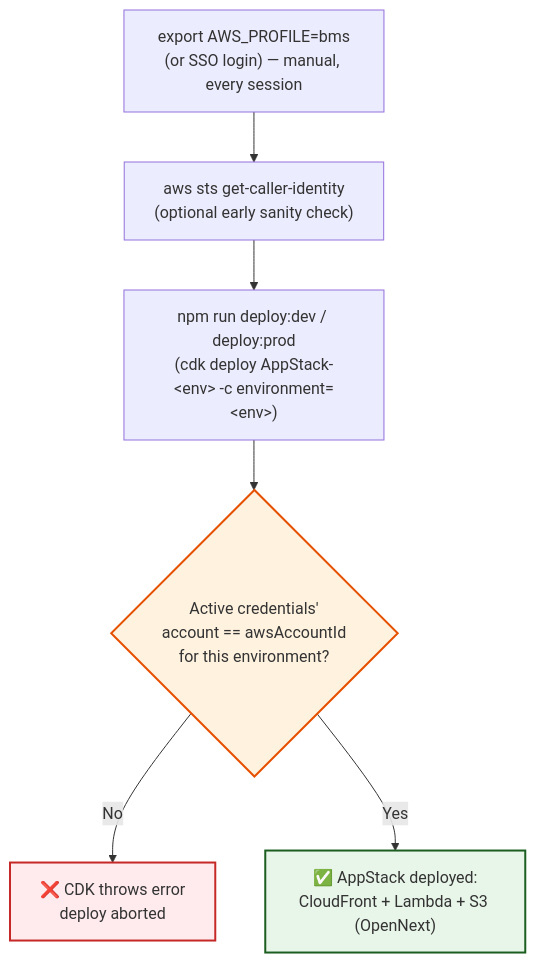
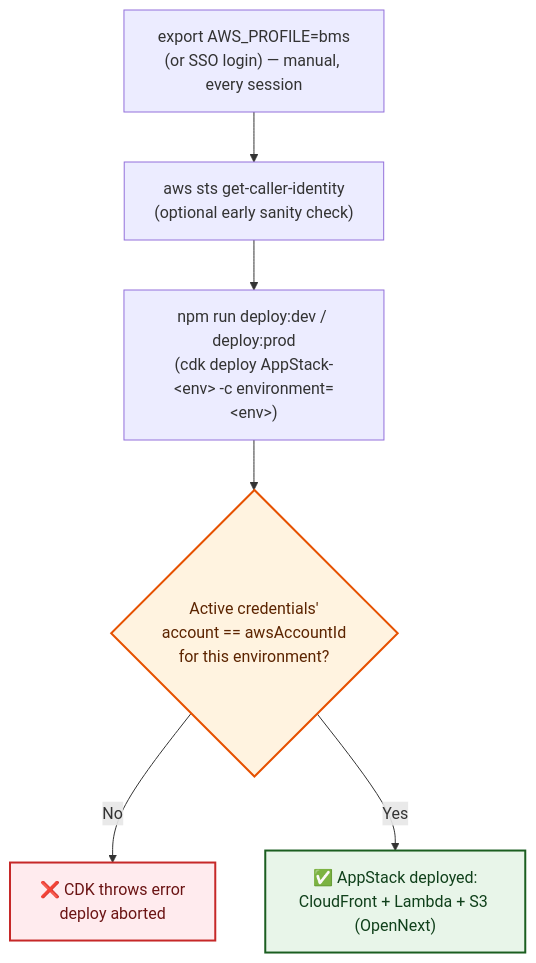
Before and after one commit to yuichiroyamaji/bms: the second of 3 diagrams in docs/deployment-flows.md, drawn with Mermaid. The commit also changed other lines of this file and 12 other files, not shown here.

First line of the commit message:
docs: tighten project docs and fix mermaid label contrast

````diff
--- a/docs/deployment-flows.md
+++ b/docs/deployment-flows.md
@@ -72,15 +74,15 @@
 ```mermaid
 flowchart TD
     A["export AWS_PROFILE=bms<br/>(or SSO login) — manual, every session"] --> B["aws sts get-caller-identity<br/>(optional early sanity check)"]
     B --> C["npm run deploy:dev / deploy:prod<br/>(cdk deploy AppStack-&lt;env&gt; -c environment=&lt;env&gt;)"]
     C --> D{"Active credentials'<br/>account == awsAccountId<br/>for this environment?"}
     D -- No --> E["❌ CDK throws error<br/>deploy aborted"]
     D -- Yes --> F["✅ AppStack deployed:<br/>CloudFront + Lambda + S3 (OpenNext)"]
 
-    classDef guard fill:#fff3e0,stroke:#e65100,stroke-width:2px
-    classDef fail fill:#ffebee,stroke:#c62828,stroke-width:2px
-    classDef success fill:#e8f5e9,stroke:#1b5e20,stroke-width:2px
+    classDef guard fill:#fff3e0,stroke:#e65100,stroke-width:2px,color:#5c2400
+    classDef fail fill:#ffebee,stroke:#c62828,stroke-width:2px,color:#6b1414
+    classDef success fill:#e8f5e9,stroke:#1b5e20,stroke-width:2px,color:#10401b
     class D guard
     class E fail
     class F success
 ```
````
